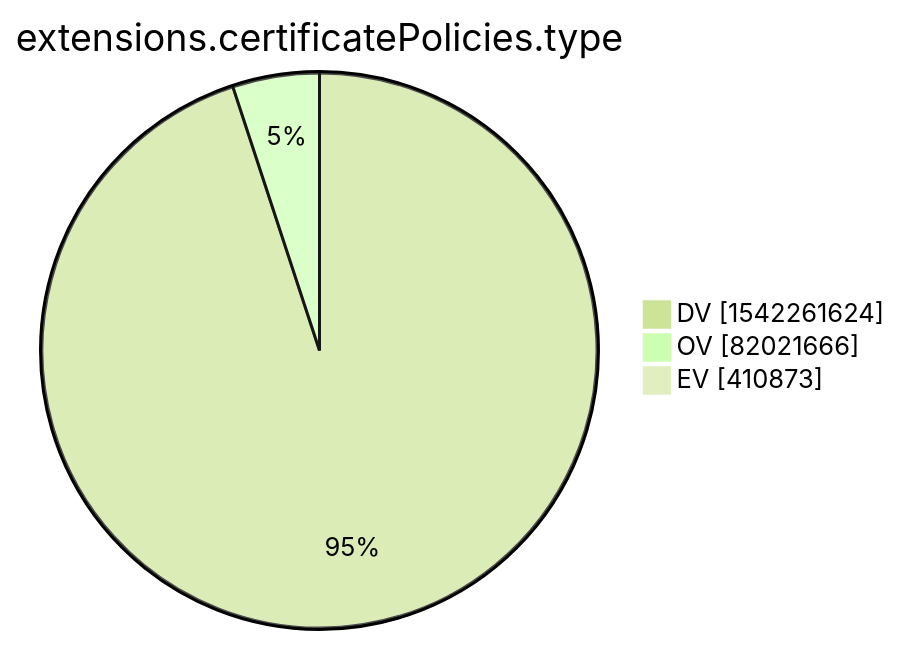
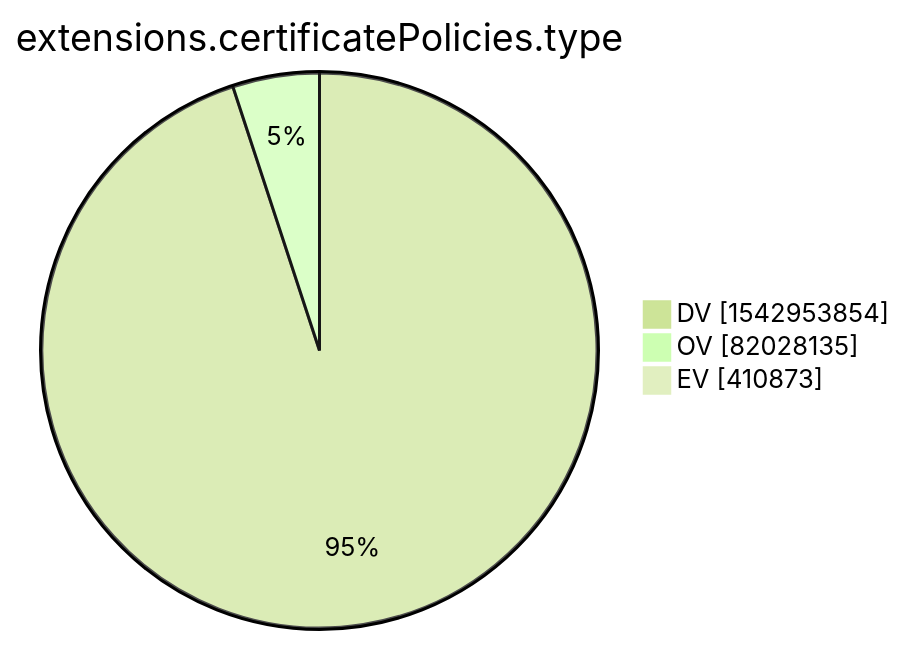
One commit to christiankrug/ctmonitor_visualization changed the tenth of 15 diagrams in xenon2022/README.md. Above: the diagram before and after it, drawn with Mermaid (forest theme). The commit also changed other lines of this file, not shown here.

````diff
--- a/xenon2022/README.md
+++ b/xenon2022/README.md
@@ -2876,7 +2876,7 @@
 ```mermaid
 pie showData
 title extensions.certificatePolicies.type
-"DV" :1542261624
-"OV" :82021666
+"DV" :1542953854
+"OV" :82028135
 "EV" :410873
 ```
````
